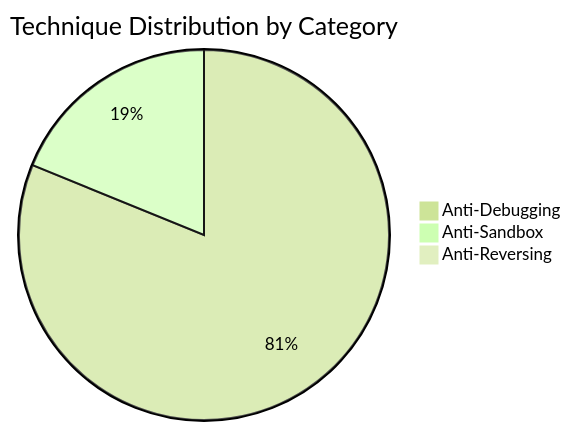
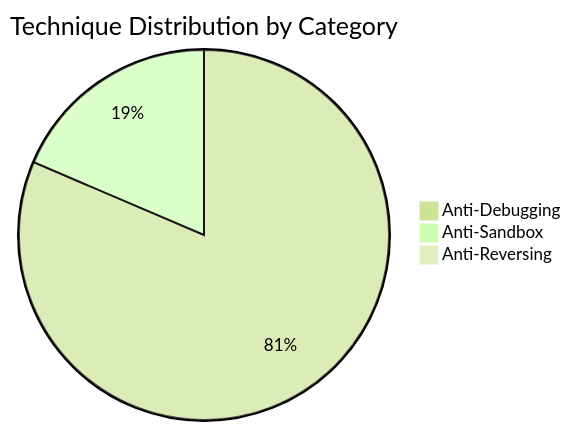
Before and after one commit to mabj/anti: the second of 8 diagrams in docs/diagrams/taxonomy.md, drawn with Mermaid (forest theme). The commit also changed other lines of this file and 7 other files, not shown here.

Commit message:
Adding new Anti-debugging technique AD057

````diff
--- a/docs/diagrams/taxonomy.md
+++ b/docs/diagrams/taxonomy.md
@@ -34,6 +34,6 @@
 ```mermaid
 pie title Technique Distribution by Category
-    "Anti-Debugging" : 56
+    "Anti-Debugging" : 57
     "Anti-Sandbox" : 13
     "Anti-Reversing" : 0
 ```
````
